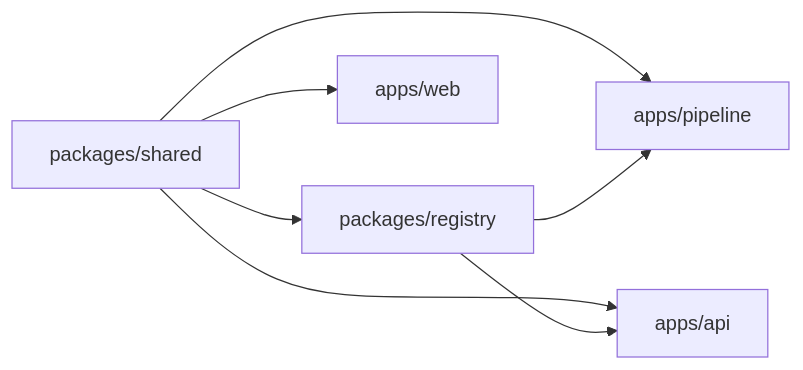
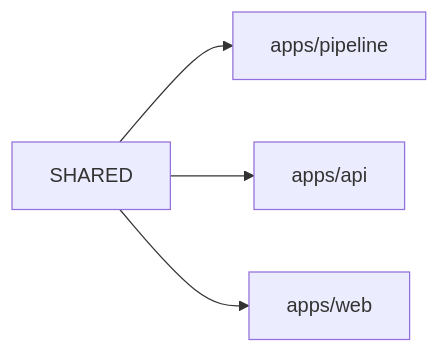
One commit to jon890/devloop-v2 changed the diagram in docs/code-architecture.md. Above: the diagram before and after it, drawn with Mermaid. The commit also changed other lines of this file and 3 other files, not shown here.

````diff
--- a/docs/code-architecture.md
+++ b/docs/code-architecture.md
@@ -51,9 +50,6 @@
 ```mermaid
 flowchart LR
-    SHARED["packages/shared"] --> REG["packages/registry"]
     SHARED --> PIPE["apps/pipeline"]
     SHARED --> API["apps/api"]
     SHARED --> WEB["apps/web"]
-    REG --> PIPE
-    REG --> API
 ```
````
